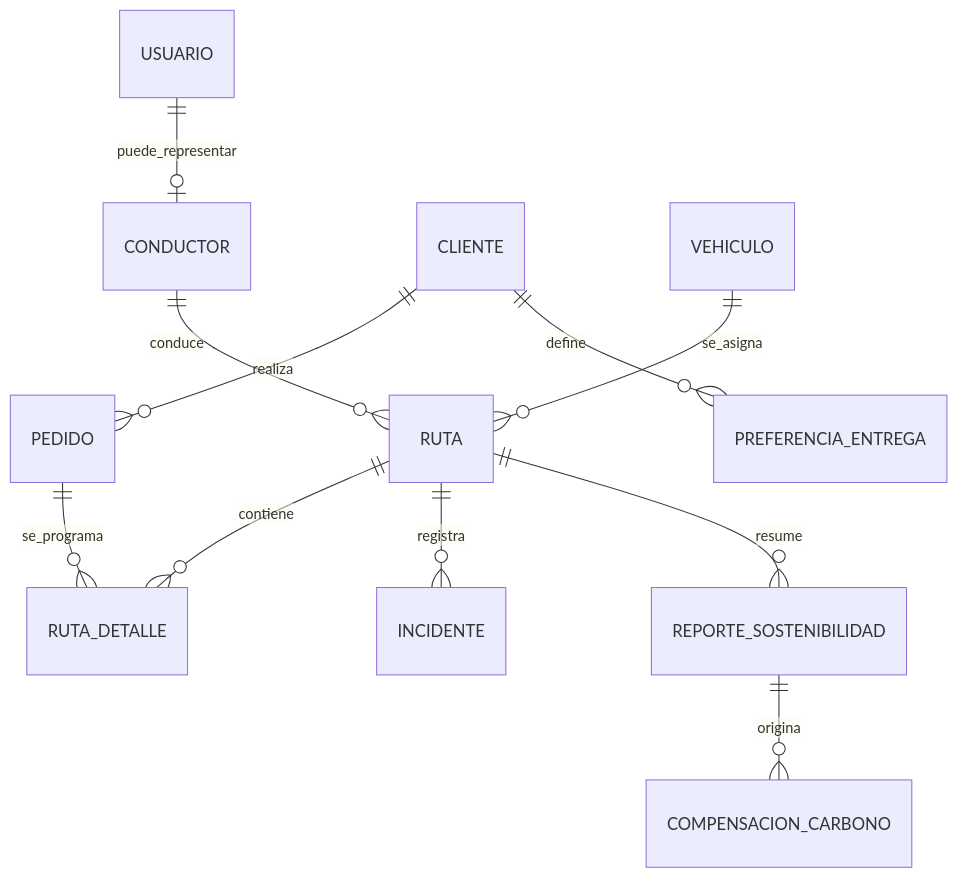
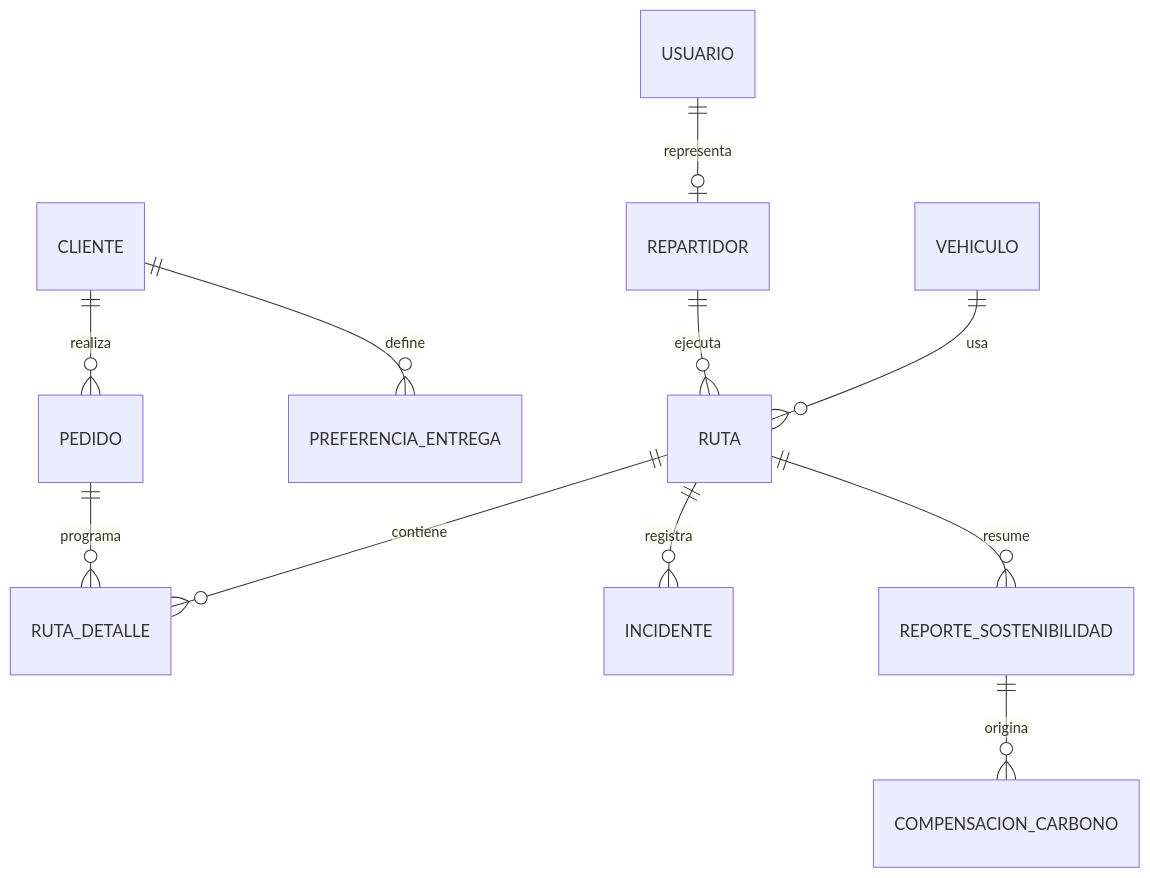
Before and after one commit to DartBlackLink/PFA: the diagram in docs/01 Inicio/11. Base de datos V_1_0_0.md, drawn with Mermaid. The commit also changed other lines of this file and 17 other files, not shown here.

````diff
--- a/docs/01 Inicio/11. Base de datos V_1_0_0.md
+++ b/docs/01 Inicio/11. Base de datos V_1_0_0.md
@@ -15,13 +20,13 @@
 ```mermaid
 erDiagram
-    USUARIO ||--o| CONDUCTOR : puede_representar
+    USUARIO ||--o| REPARTIDOR : representa
     CLIENTE ||--o{ PEDIDO : realiza
-    CONDUCTOR ||--o{ RUTA : conduce
-    VEHICULO ||--o{ RUTA : se_asigna
+    CLIENTE ||--o{ PREFERENCIA_ENTREGA : define
+    VEHICULO ||--o{ RUTA : usa
+    REPARTIDOR ||--o{ RUTA : ejecuta
     RUTA ||--o{ RUTA_DETALLE : contiene
-    PEDIDO ||--o{ RUTA_DETALLE : se_programa
-    CLIENTE ||--o{ PREFERENCIA_ENTREGA : define
+    PEDIDO ||--o{ RUTA_DETALLE : programa
     RUTA ||--o{ INCIDENTE : registra
     RUTA ||--o{ REPORTE_SOSTENIBILIDAD : resume
     REPORTE_SOSTENIBILIDAD ||--o{ COMPENSACION_CARBONO : origina
 ```
````
